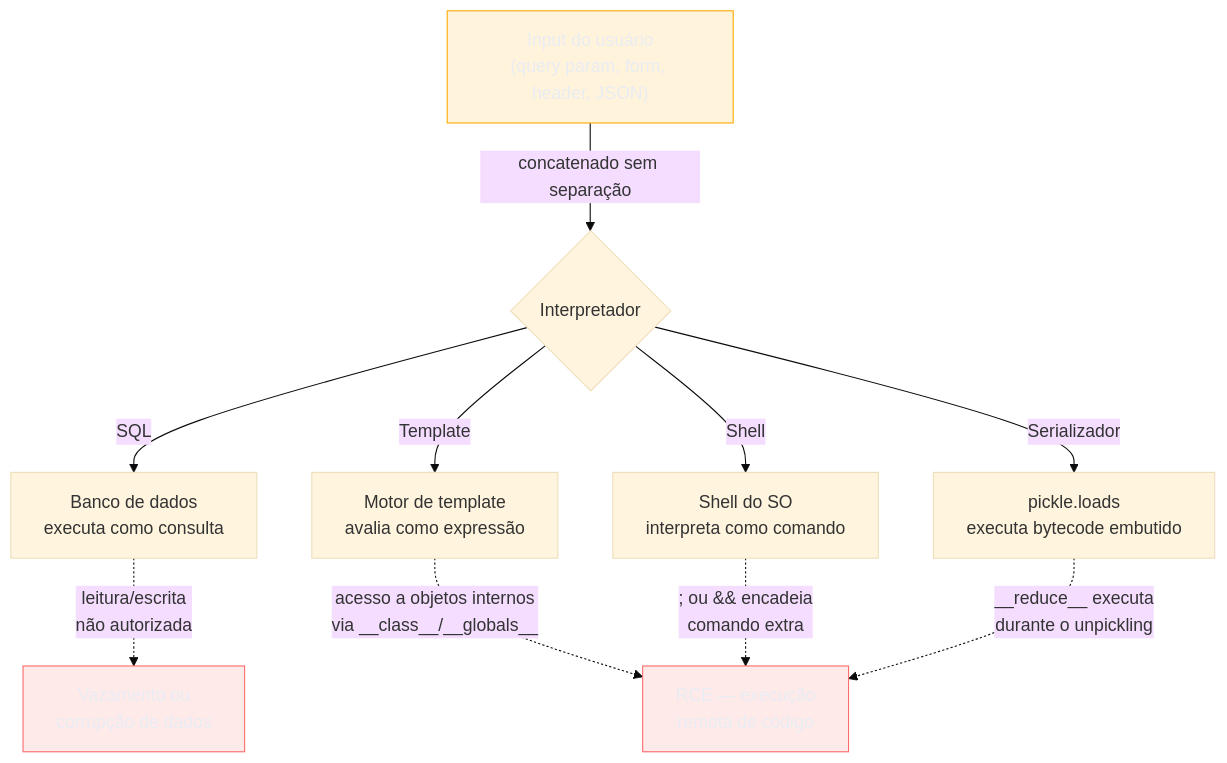
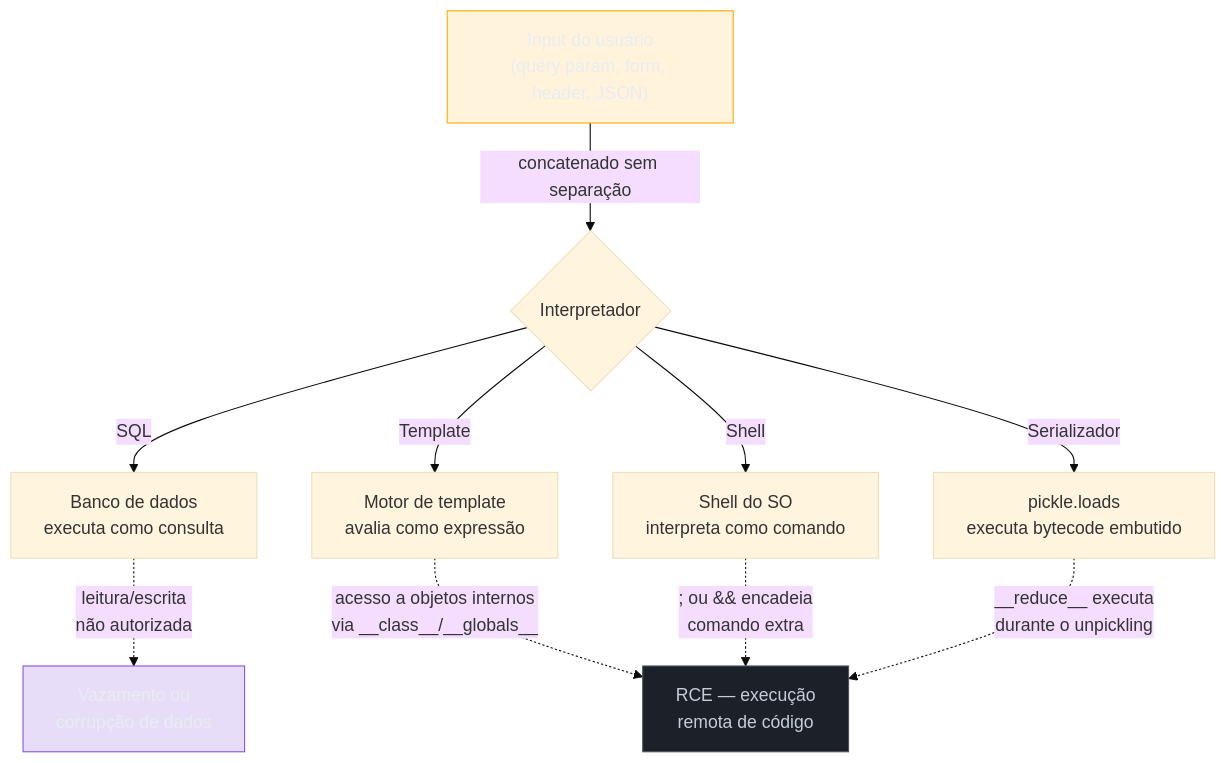
Before and after one commit to josenaldo/codex-technomanticus: the first of 2 diagrams in 03-Dominios/Tecnologia/Python/Segurança/02 - Injeção — SQL, template, comando e deserialização insegura.md, drawn with Mermaid (base theme). The commit also changed 601 other files, not shown here.

````diff
--- a/03-Dominios/Tecnologia/Python/Segurança/02 - Injeção — SQL, template, comando e deserialização insegura.md
+++ b/03-Dominios/Tecnologia/Python/Segurança/02 - Injeção — SQL, template, comando e deserialização insegura.md
@@ -61,18 +61,19 @@
 ```mermaid
 graph TD
+    classDef marca fill:#8855DF33,stroke:#8855DF,color:#E9ECF2
+    classDef neutro fill:#1B2029,stroke:#4E5666,color:#C6CCD8
     classDef destaque fill:#FFAA0024,stroke:#FFAA00,color:#E9ECF2
-    classDef falha fill:#FF6B6B24,stroke:#FF6B6B,color:#E9ECF2
     U["Input do usuário<br/>(query param, form, header, JSON)"] -->|concatenado sem separação| I{"Interpretador"}
     I -->|SQL| S["Banco de dados<br/>executa como consulta"]
     I -->|Template| T["Motor de template<br/>avalia como expressão"]
     I -->|Shell| C["Shell do SO<br/>interpreta como comando"]
     I -->|Serializador| D["pickle.loads<br/>executa bytecode embutido"]
     S -.->|"leitura/escrita<br/>não autorizada"| R1["Vazamento ou<br/>corrupção de dados"]
     T -.->|"acesso a objetos internos<br/>via __class__/__globals__"| R2["RCE — execução<br/>remota de código"]
     C -.->|"; ou &amp;&amp; encadeia<br/>comando extra"| R2
     D -.->|"__reduce__ executa<br/>durante o unpickling"| R2
 
     class U destaque
-    class R2 falha
-    class R1 falha
+    class R2 neutro
+    class R1 marca
 ```
````
